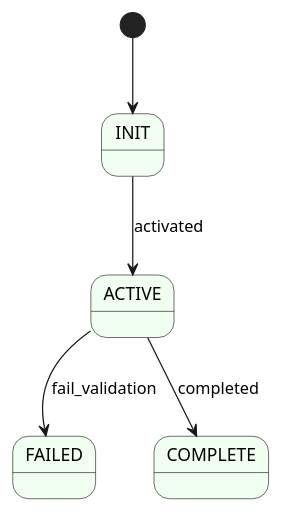
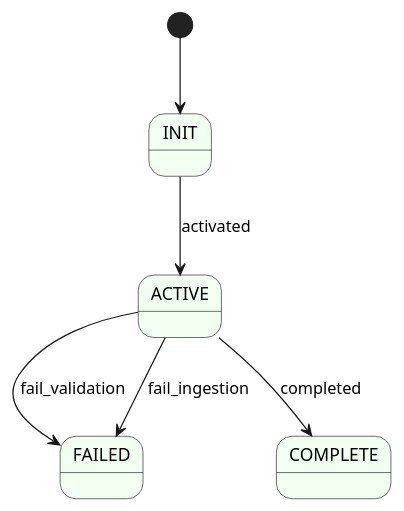
The diagram in diagrams/sample-summary-state.puml (ONSdigital/rm-sample-service), drawn with PlantUML before and after one commit. The commit also changed 11 other files, not shown here.

```diff
--- a/diagrams/sample-summary-state.puml
+++ b/diagrams/sample-summary-state.puml
@@ -1,10 +1,11 @@
 @startuml
 skinparam state {
     BackgroundColor HoneyDew
 }
 
 [*] --> INIT
 INIT --> ACTIVE : activated
 ACTIVE --> FAILED : fail_validation
 ACTIVE --> COMPLETE : completed
+ACTIVE --> FAILED: fail_ingestion
 @enduml
```
